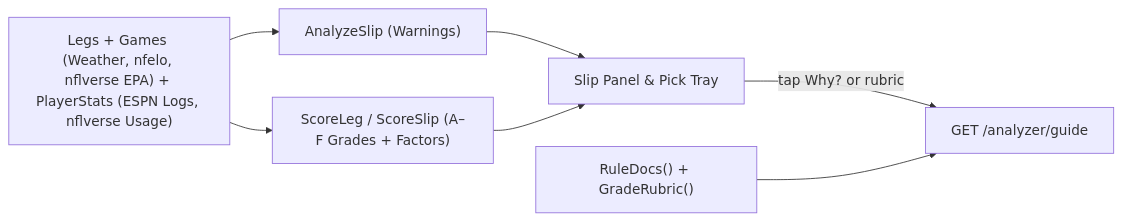
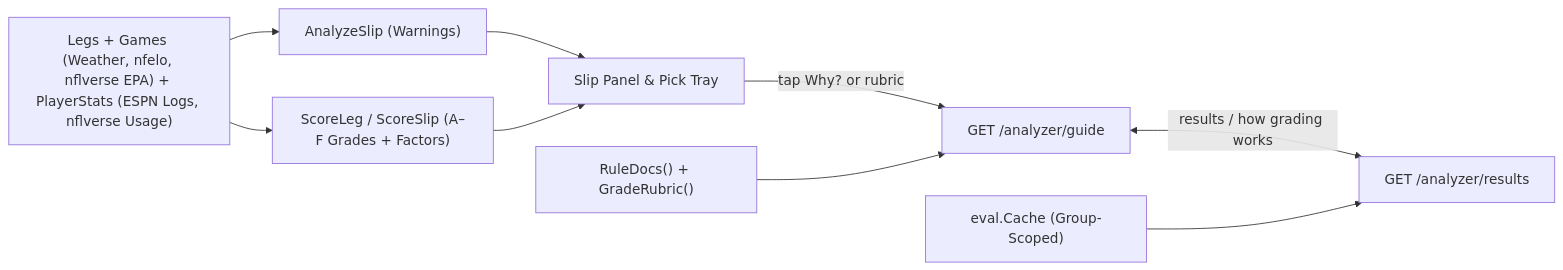
One commit to kalverra/parlay-club changed the diagram in docs/concepts/analyzer.md. Above: the diagram before and after it, drawn with Mermaid. The commit also changed other lines of this file and 7 other files, not shown here.

First line of the commit message:
Document grading results, eval caching, CI benchmark, and eval-prod

````diff
--- a/docs/concepts/analyzer.md
+++ b/docs/concepts/analyzer.md
@@ -17,9 +17,11 @@
 ```mermaid
 flowchart LR
   Inputs["Legs + Games (Weather, nfelo, nflverse EPA) + PlayerStats (ESPN Logs, nflverse Usage)"] --> Rules["AnalyzeSlip (Warnings)"]
   Inputs --> Grades["ScoreLeg / ScoreSlip (A–F Grades + Factors)"]
   Rules --> UI["Slip Panel & Pick Tray"]
   Grades --> UI
   UI -->|"tap Why? or rubric"| Guide["GET /analyzer/guide"]
+  Guide <-->|"results / how grading works"| Results["GET /analyzer/results"]
   EngineDocs["RuleDocs() + GradeRubric()"] --> Guide
+  Cache["eval.Cache (Group-Scoped)"] --> Results
 ```
````
